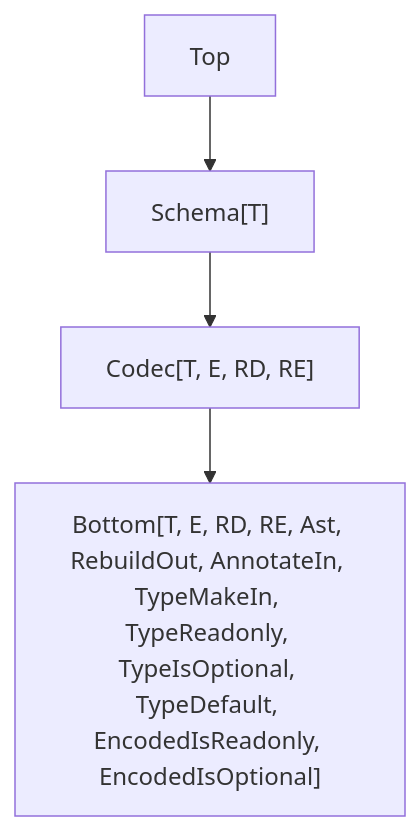
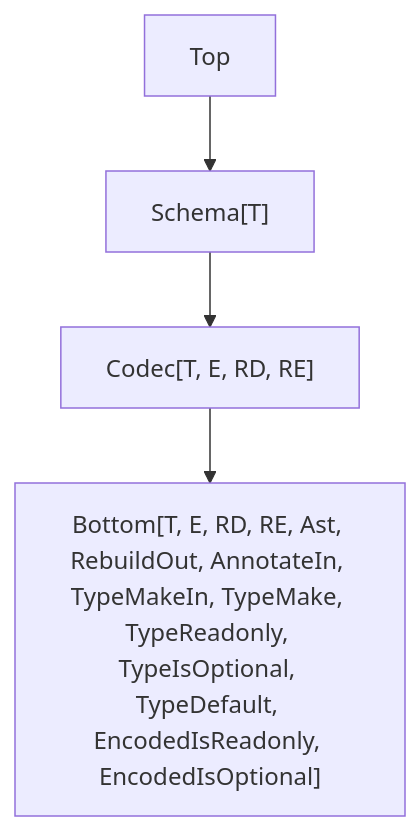
The second of 2 diagrams in packages/effect/SCHEMA.md (suddenlyGiovanni/effect-smol), drawn with Mermaid before and after one commit. The commit also changed other lines of this file and 9 other files, not shown here.

First line of the commit message:
json schema generation (#150)

````diff
--- a/packages/effect/SCHEMA.md
+++ b/packages/effect/SCHEMA.md
@@ -28,6 +28,6 @@
 ```mermaid
 flowchart TD
     T[Top] --> S["Schema[T]"]
     S --> C["Codec[T, E, RD, RE]"]
-    C --> B["Bottom[T, E, RD, RE, Ast, RebuildOut, AnnotateIn, TypeMakeIn, TypeReadonly, TypeIsOptional, TypeDefault, EncodedIsReadonly, EncodedIsOptional]"]
+    C --> B["Bottom[T, E, RD, RE, Ast, RebuildOut, AnnotateIn, TypeMakeIn, TypeMake, TypeReadonly, TypeIsOptional, TypeDefault, EncodedIsReadonly, EncodedIsOptional]"]
 ```
````
